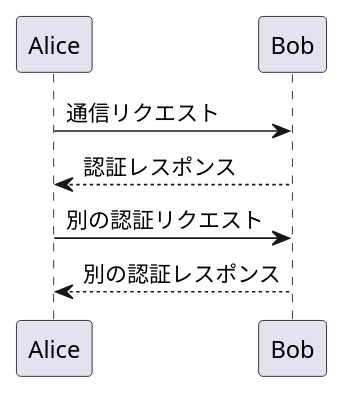
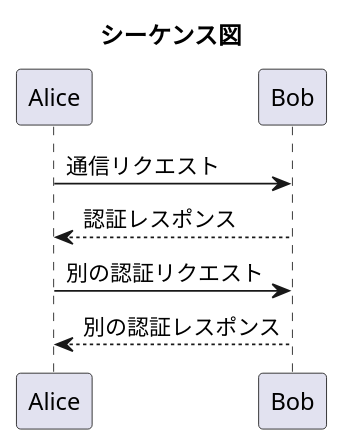
Before and after one commit to kaitas/PlantUML-Study: the diagram in sequence.pu, drawn with PlantUML.

Commit message:
シーケンス図

```diff
--- a/sequence.pu
+++ b/sequence.pu
@@ -1,7 +1,9 @@
 @startuml
+Title シーケンス図
+' https://plantuml.com/sequence-diagram
 Alice -> Bob: 通信リクエスト
 Bob --> Alice: 認証レスポンス
 
 Alice -> Bob: 別の認証リクエスト
 Alice <-- Bob: 別の認証レスポンス
 @enduml
```
